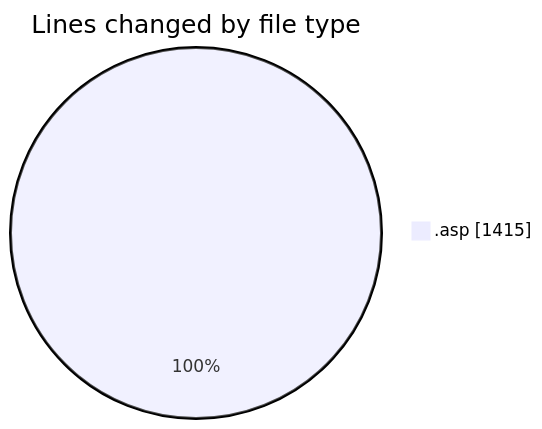
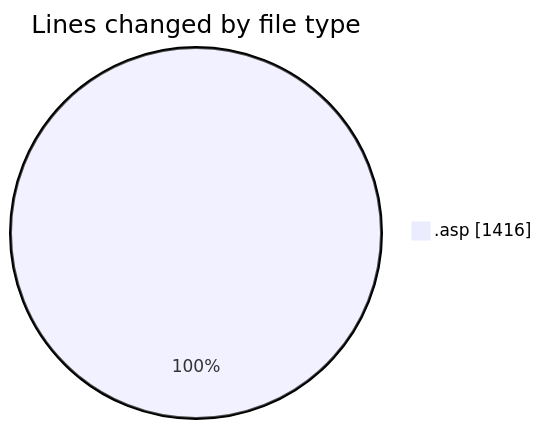
One commit to julien-gomy/code-tracking changed the first of 2 diagrams in 2025-11-23/cdp_aleoudev_fr__workspace_/README.md. Above: the diagram before and after it, drawn with Mermaid. The commit also changed other lines of this file and 1 other file, not shown here.

````diff
--- a/2025-11-23/cdp_aleoudev_fr__workspace_/README.md
+++ b/2025-11-23/cdp_aleoudev_fr__workspace_/README.md
@@ -22,5 +22,5 @@
 ```mermaid
 pie showData
 title Lines changed by file type
-".asp" : 1415
+".asp" : 1416
 ```
````
